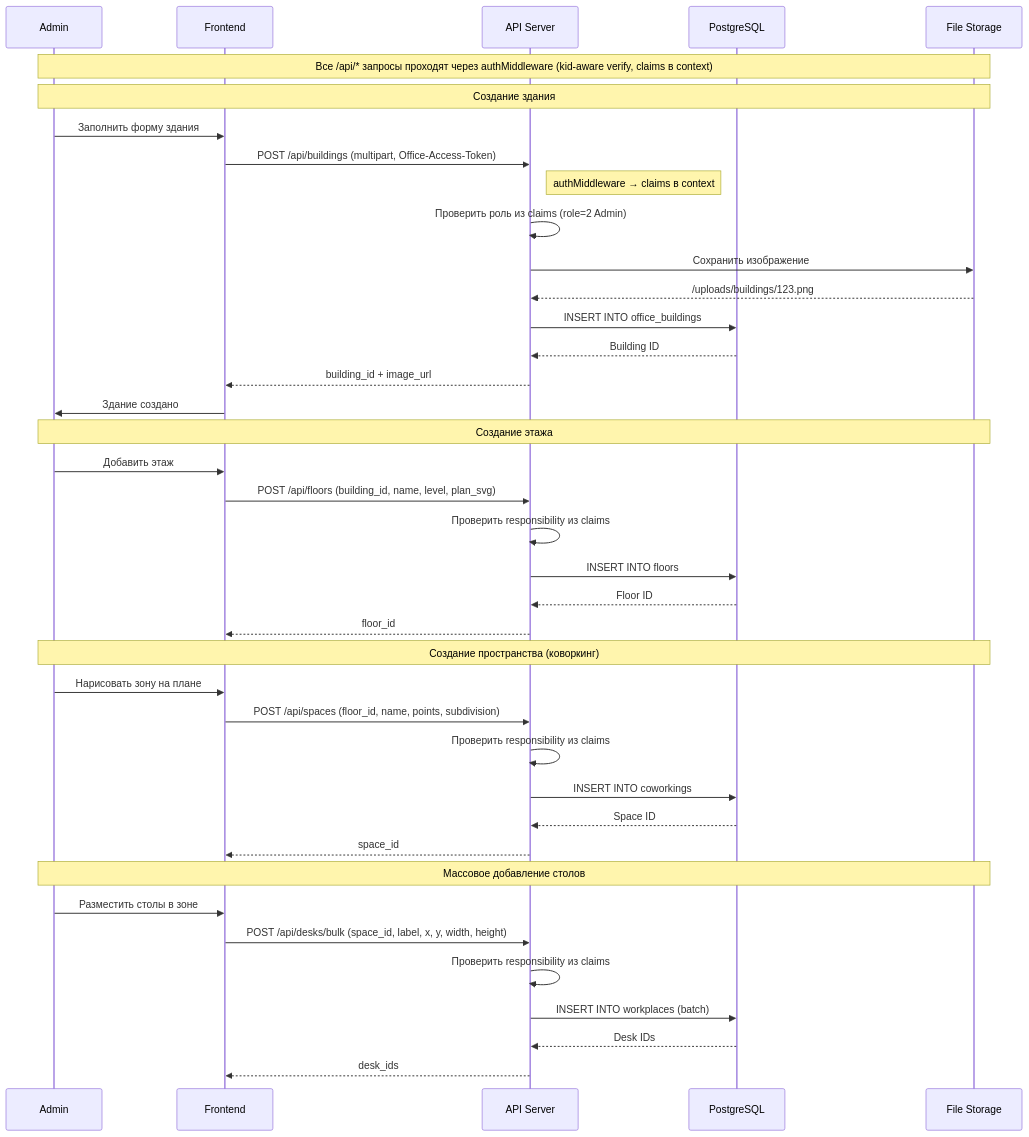
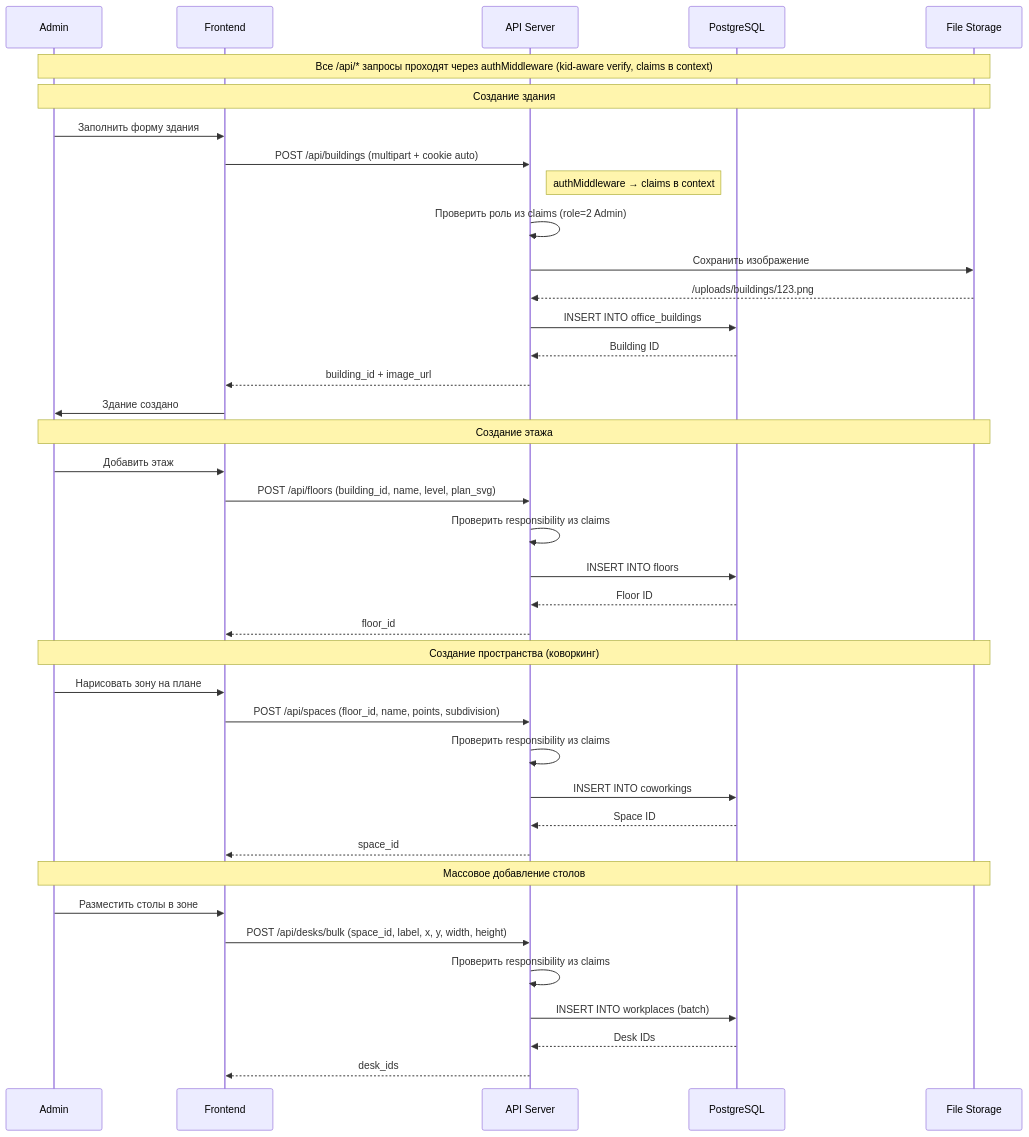
The eighth of 9 diagrams in DATA_FLOW_DIAGRAM.md (radiantbald/office-management), drawn with Mermaid before and after one commit. The commit also changed other lines of this file and 17 other files, not shown here.

````diff
--- a/DATA_FLOW_DIAGRAM.md
+++ b/DATA_FLOW_DIAGRAM.md
@@ -360,46 +360,46 @@
 ```mermaid
 sequenceDiagram
     participant A as Admin
     participant F as Frontend
     participant API as API Server
     participant DB as PostgreSQL
     participant FS as File Storage
     
     Note over A,FS: Все /api/* запросы проходят через authMiddleware (kid-aware verify, claims в context)
     
     Note over A,FS: Создание здания
     A->>F: Заполнить форму здания
-    F->>API: POST /api/buildings (multipart, Office-Access-Token)
+    F->>API: POST /api/buildings (multipart + cookie auto)
     Note right of API: authMiddleware → claims в context
     API->>API: Проверить роль из claims (role=2 Admin)
     API->>FS: Сохранить изображение
     FS-->>API: /uploads/buildings/123.png
     API->>DB: INSERT INTO office_buildings
     DB-->>API: Building ID
     API-->>F: building_id + image_url
     F->>A: Здание создано
     
     Note over A,FS: Создание этажа
     A->>F: Добавить этаж
     F->>API: POST /api/floors (building_id, name, level, plan_svg)
     API->>API: Проверить responsibility из claims
     API->>DB: INSERT INTO floors
     DB-->>API: Floor ID
     API-->>F: floor_id
     
     Note over A,FS: Создание пространства (коворкинг)
     A->>F: Нарисовать зону на плане
     F->>API: POST /api/spaces (floor_id, name, points, subdivision)
     API->>API: Проверить responsibility из claims
     API->>DB: INSERT INTO coworkings
     DB-->>API: Space ID
     API-->>F: space_id
     
     Note over A,FS: Массовое добавление столов
     A->>F: Разместить столы в зоне
     F->>API: POST /api/desks/bulk (space_id, label, x, y, width, height)
     API->>API: Проверить responsibility из claims
     API->>DB: INSERT INTO workplaces (batch)
     DB-->>API: Desk IDs
     API-->>F: desk_ids
 ```
````
